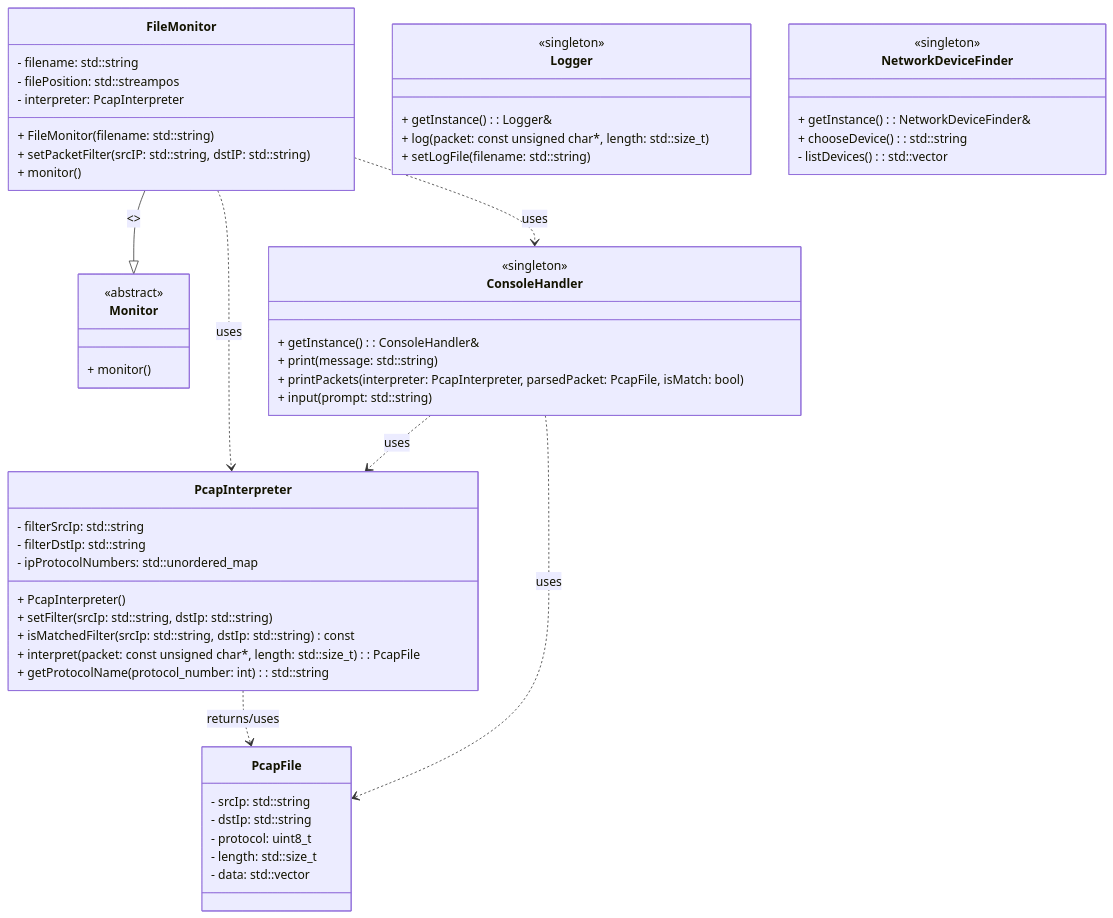
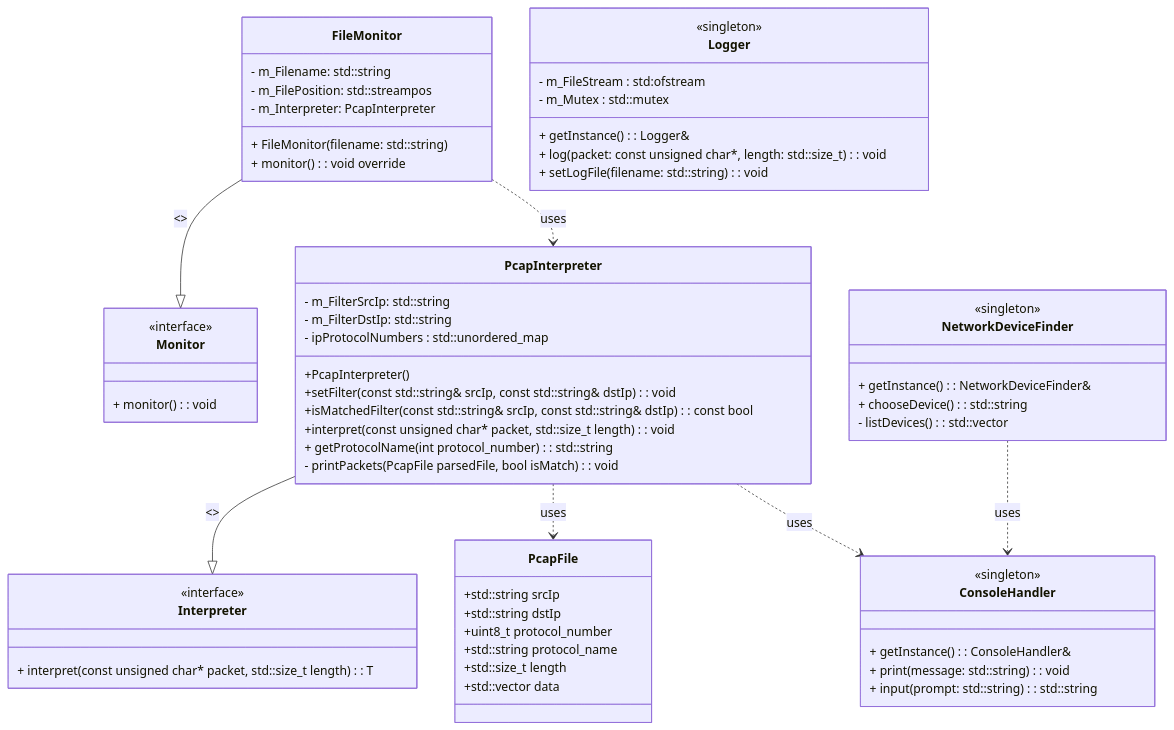
Before and after one commit to thehilmisu/cpp-networkanalyzer: the diagram in README.md, drawn with Mermaid. The commit also changed other lines of this file and 2 other files, not shown here.

Commit message:
class diagram updated

````diff
--- a/README.md
+++ b/README.md
@@ -21,70 +18,79 @@
 ```mermaid
 classDiagram
+
     class FileMonitor {
-        - filename: std::string
-        - filePosition: std::streampos
-        - interpreter: PcapInterpreter
+        - m_Filename: std::string
+        - m_FilePosition: std::streampos
+        - m_Interpreter: PcapInterpreter
         + FileMonitor(filename: std::string)
-        + setPacketFilter(srcIP: std::string, dstIP: std::string)
-        + monitor()
+        + monitor() : void override
     }
 
     class Monitor {
-        <<abstract>>
-        + monitor()
+        <<interface>>
+        + monitor() : void
+    }
+
+    class Interpreter {
+        <<interface>>
+        + interpret(const unsigned char* packet, std::size_t length) : T
     }
     
+    class PcapFile {
+        +std::string srcIp
+        +std::string dstIp
+        +uint8_t protocol_number
+        +std::string protocol_name
+        +std::size_t length
+        +std::vector<unsigned char> data
+    }
+
     class PcapInterpreter {
-        - filterSrcIp: std::string
-        - filterDstIp: std::string
-        - ipProtocolNumbers: std::unordered_map<int, std::string>
-        + PcapInterpreter()
-        + setFilter(srcIp: std::string, dstIp: std::string)
-        + isMatchedFilter(srcIp: std::string, dstIp: std::string) const
-        + interpret(packet: const unsigned char*, length: std::size_t) : PcapFile
-        + getProtocolName(protocol_number: int): std::string
+        +PcapInterpreter()
+        +setFilter(const std::string& srcIp, const std::string& dstIp): void
+        +isMatchedFilter(const std::string& srcIp, const std::string& dstIp) : const bool
+        +interpret(const unsigned char* packet, std::size_t length) : void
+        + getProtocolName(int protocol_number): std::string
+        - m_FilterSrcIp: std::string
+        - m_FilterDstIp: std::string
+        - ipProtocolNumbers : std::unordered_map<int, std::string> 
+        - printPackets(PcapFile parsedFile, bool isMatch): void
     }
     
     class ConsoleHandler {
         <<singleton>>
         + getInstance() : ConsoleHandler&
-        + print(message: std::string)
-        + printPackets(interpreter: PcapInterpreter, parsedPacket: PcapFile, isMatch: bool)
-        + input(prompt: std::string)
+        + print(message: std::string): void
+        + input(prompt: std::string): std::string
     }
 
-    class PcapFile {
-        - srcIp: std::string
-        - dstIp: std::string
-        - protocol: uint8_t
-        - length: std::size_t
-        - data: std::vector<unsigned char>
-    }
     
     class Logger {
         <<singleton>>
+        - m_FileStream : std:ofstream
+        - m_Mutex : std::mutex
         + getInstance() : Logger&
-        + log(packet: const unsigned char*, length: std::size_t)
-        + setLogFile(filename: std::string)
+        + log(packet: const unsigned char*, length: std::size_t): void
+        + setLogFile(filename: std::string): void
     }
 
     class NetworkDeviceFinder {
         <<singleton>>
         + getInstance() : NetworkDeviceFinder&
         + chooseDevice() : std::string
         - listDevices() : std::vector<std::string>
     }
 
     %% Inheritance
     FileMonitor --|> Monitor : <<inherits>>
+    PcapInterpreter --|> Interpreter : <<inherits>>
 
     %% Usage relationships
     FileMonitor ..> PcapInterpreter : uses
-    FileMonitor ..> ConsoleHandler : uses
-    PcapInterpreter ..> PcapFile : returns/uses
-    ConsoleHandler ..> PcapFile : uses
-    ConsoleHandler ..> PcapInterpreter : uses
+    PcapInterpreter ..> PcapFile : uses
+    PcapInterpreter ..> ConsoleHandler: uses
+    NetworkDeviceFinder ..> ConsoleHandler: uses
 
 
 
 ```
````
